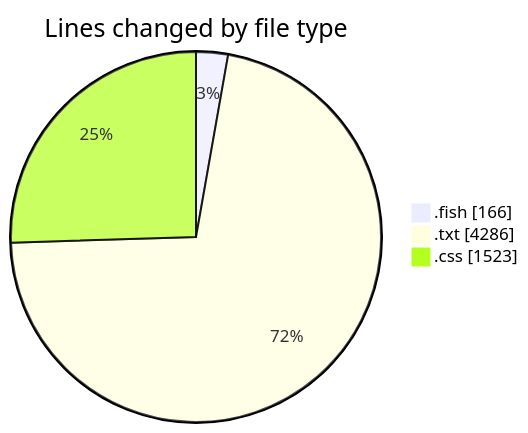
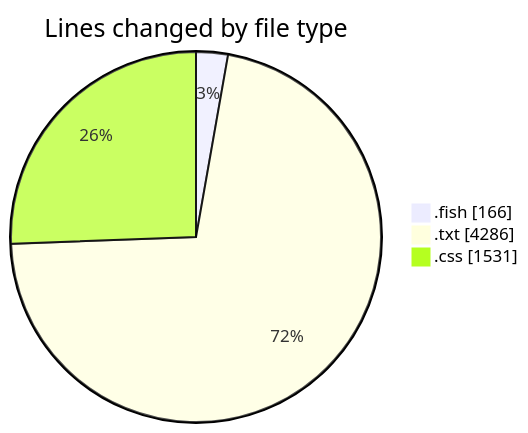
One commit to EIIisD/code-tracking changed the first of 2 diagrams in 2025-07-21/fish/README.md. Above: the diagram before and after it, drawn with Mermaid. The commit also changed other lines of this file and 1 other file, not shown here.

````diff
--- a/2025-07-21/fish/README.md
+++ b/2025-07-21/fish/README.md
@@ -23,7 +23,7 @@
 ```mermaid
 pie showData
 title Lines changed by file type
 ".fish" : 166
 ".txt" : 4286
-".css" : 1523
+".css" : 1531
 ```
````
